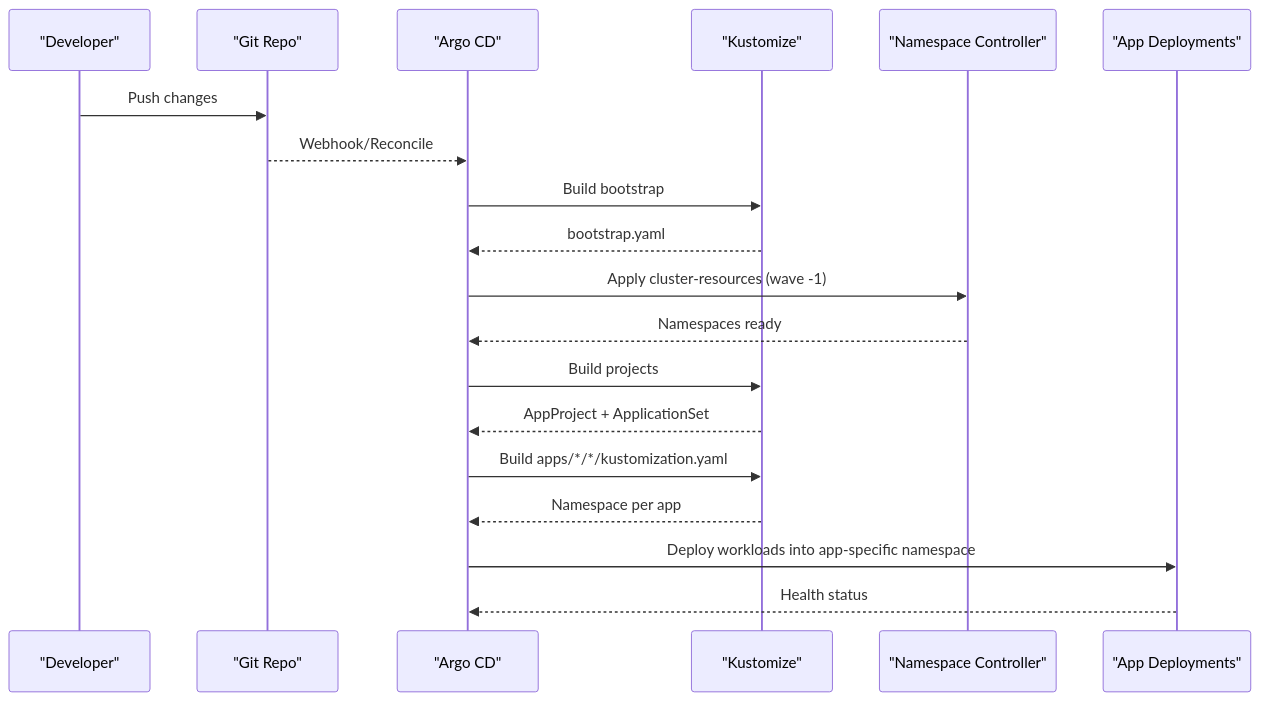
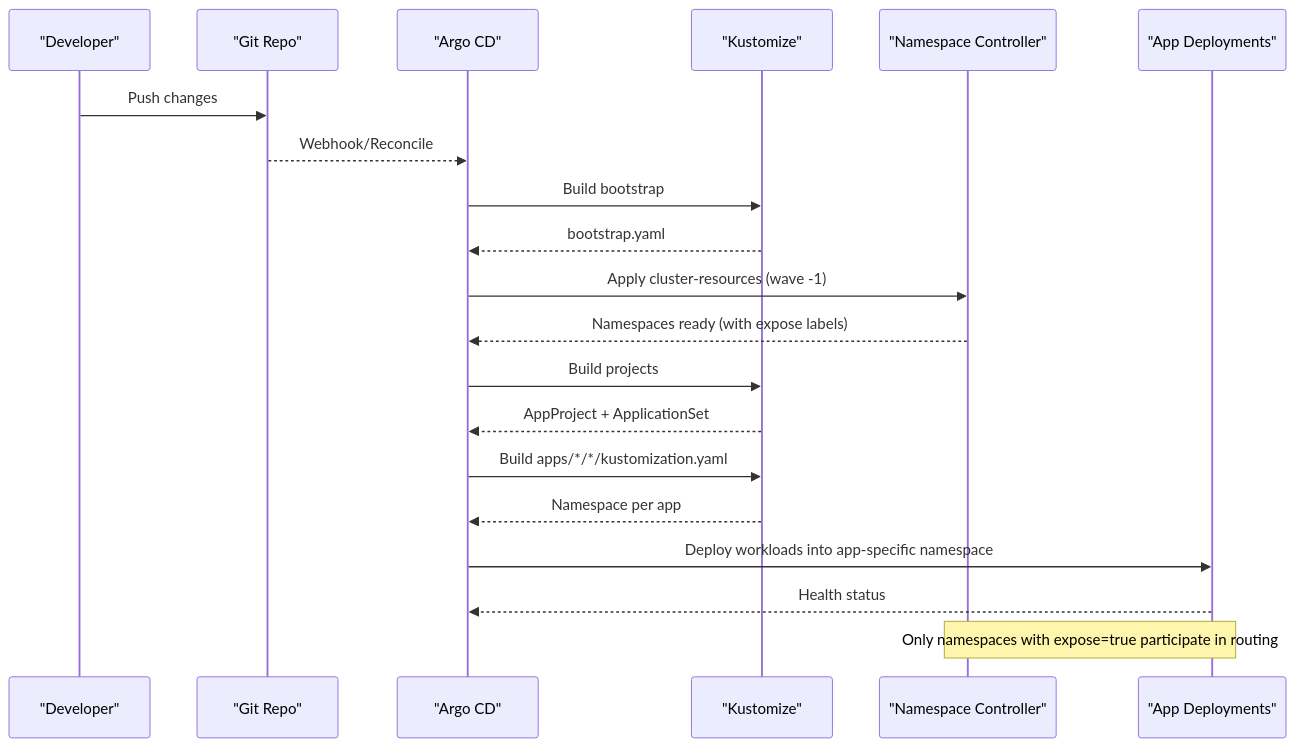
One commit to Hoangvu75/k8s_manifest changed the second of 9 diagrams in .qoder/repowiki/en/content/Application Configuration/Namespace Management and Isolation.md. Above: the diagram before and after it, drawn with Mermaid. The commit also changed other lines of this file and 5 other files, not shown here.

````diff
--- a/.qoder/repowiki/en/content/Application Configuration/Namespace Management and Isolation.md
+++ b/.qoder/repowiki/en/content/Application Configuration/Namespace Management and Isolation.md
@@ -93,21 +108,22 @@
 ```mermaid
 sequenceDiagram
 participant Dev as "Developer"
 participant Git as "Git Repo"
 participant Argo as "Argo CD"
 participant Kust as "Kustomize"
 participant NS as "Namespace Controller"
 participant App as "App Deployments"
 Dev->>Git : Push changes
 Git-->>Argo : Webhook/Reconcile
 Argo->>Kust : Build bootstrap
 Kust-->>Argo : bootstrap.yaml
 Argo->>NS : Apply cluster-resources (wave -1)
-NS-->>Argo : Namespaces ready
+NS-->>Argo : Namespaces ready (with expose labels)
 Argo->>Kust : Build projects
 Kust-->>Argo : AppProject + ApplicationSet
 Argo->>Kust : Build apps/*/*/kustomization.yaml
 Kust-->>Argo : Namespace per app
 Argo->>App : Deploy workloads into app-specific namespace
 App-->>Argo : Health status
+Note over NS,App : Only namespaces with expose=true participate in routing
 ```
````
